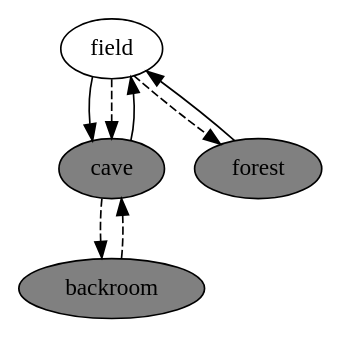
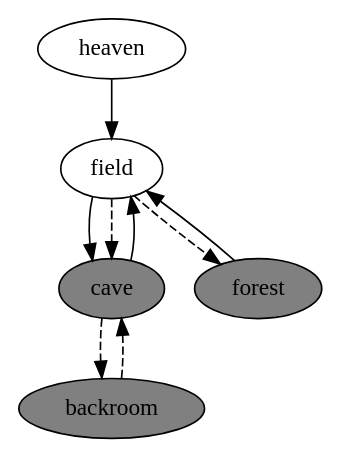
The diagram in HeldermanAdventure/dot_files/map.gv (Dev-10sky/My-C-Practice-Files), drawn with Graphviz before and after one commit. The commit also changed 34 other files, not shown here.

```diff
--- a/HeldermanAdventure/dot_files/map.gv
+++ b/HeldermanAdventure/dot_files/map.gv
@@ -1,14 +1,16 @@
 digraph map {
 	node [style=filled]
+	heaven -> field
 	field -> cave
 	field -> cave [style=dashed]
 	cave -> field
 	field -> forest [style=dashed]
 	forest -> field
 	cave -> backroom [style=dashed]
 	backroom -> cave [style=dashed]
 	backroom [fillcolor=grey]
 	field [fillcolor=white]
+	heaven [fillcolor=white]
 	forest [fillcolor=grey]
 	cave [fillcolor=grey]
 }
```
